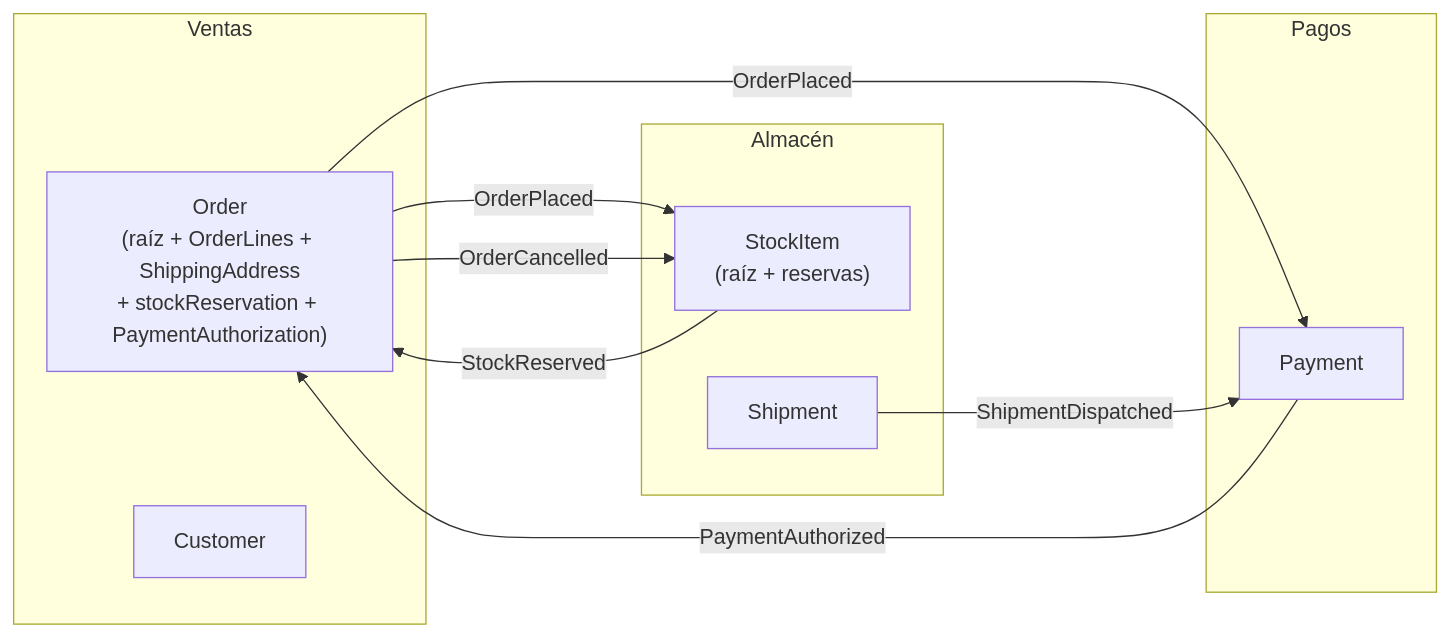
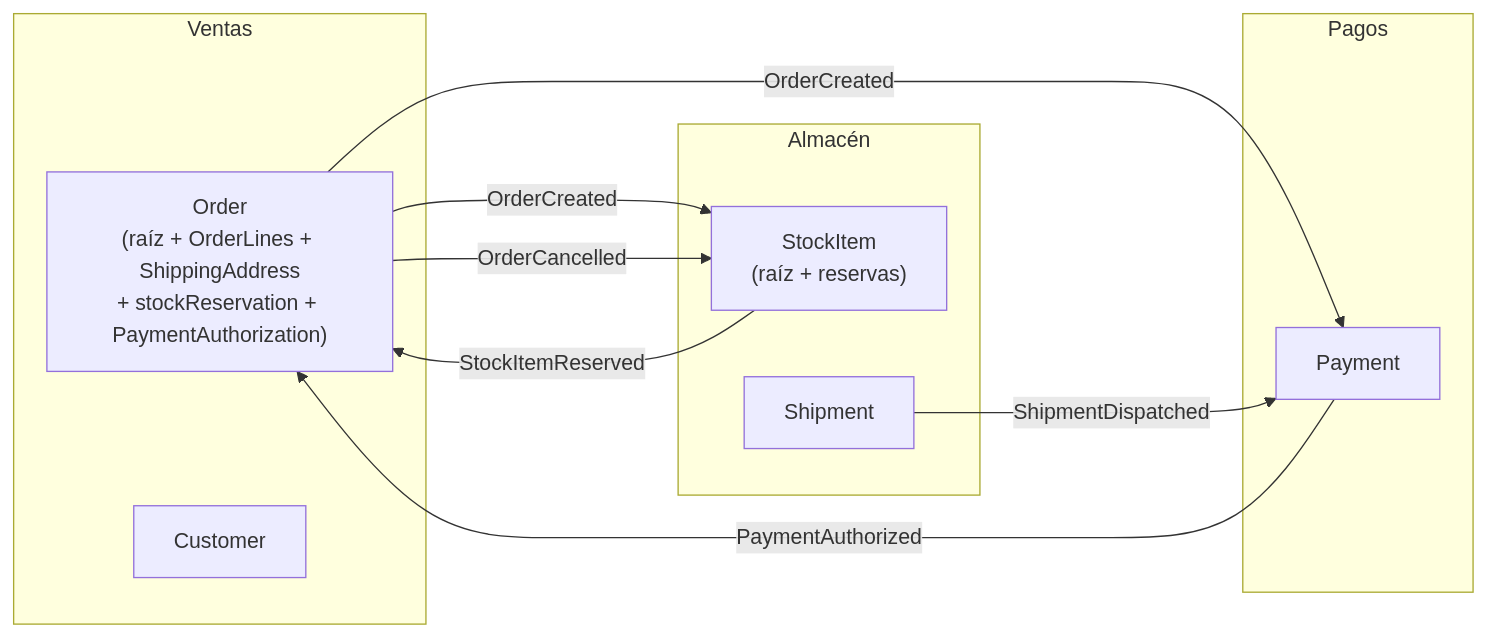
One commit to jguillermo/archi-code-core changed the diagram in packages/ddd/ddd-skills/ddd-agregados/references/ejemplo-ecommerce.md. Above: the diagram before and after it, drawn with Mermaid. The commit also changed other lines of this file and 47 other files, not shown here.

````diff
--- a/packages/ddd/ddd-skills/ddd-agregados/references/ejemplo-ecommerce.md
+++ b/packages/ddd/ddd-skills/ddd-agregados/references/ejemplo-ecommerce.md
@@ -29,20 +29,20 @@
 ```mermaid
 flowchart LR
   subgraph Ventas
     O["Order<br/>(raíz + OrderLines + ShippingAddress<br/>+ stockReservation + PaymentAuthorization)"]
     C["Customer"]
   end
   subgraph Almacén
     S["StockItem<br/>(raíz + reservas)"]
     SH["Shipment"]
   end
   subgraph Pagos
     P["Payment"]
   end
-  O -- OrderPlaced --> S
-  O -- OrderPlaced --> P
-  S -- StockReserved --> O
+  O -- OrderCreated --> S
+  O -- OrderCreated --> P
+  S -- StockItemReserved --> O
   P -- PaymentAuthorized --> O
   O -- OrderCancelled --> S
   SH -- ShipmentDispatched --> P
 ```
````
